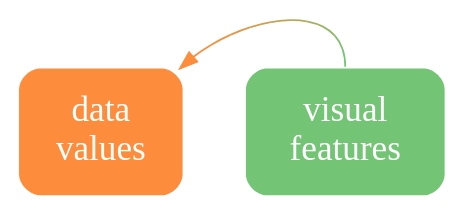
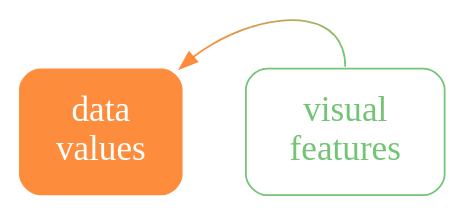
Before and after one commit to pmur002/hdvw: the diagram in Diagrams/implicit-decode.dot, drawn with Graphviz. The commit also changed 77 other files, not shown here.

Commit message:
change diagrams to have visual nodes "open" AND make decode arrows solid

```diff
--- a/Diagrams/implicit-decode.dot
+++ b/Diagrams/implicit-decode.dot
@@ -1,9 +1,9 @@
 digraph {
   graph [ rankdir=LR; margin=.2; nodesep=.5 ];
   node [ fontsize=20; fontname="sans bold"; margin=.2 ];
   data [ label="data\nvalues"; shape=box; style="filled, rounded"; penwidth=0; fontcolor=white; fillcolor="#FD8D3C" ]
   vis [ label="visual\nfeatures"; shape=box;
-     style="filled, rounded"; penwidth=0; fontcolor=white; fillcolor="#74C476" ]
-  data -> vis [ color="#FD8D3C;0.1:#EE9342;0.1:#DF9949;0.1:#CF9F4F;0.1:#C0A556;0.1:#B1AC5C;0.1:#A2B263;0.1:#92B869;0.1:#83BE70;0.1:#74C476;0.1" ] [ style="invis" ]
+     style="rounded"; color="#74C476"; fontcolor="#74C476" ]
+  data -> vis [ style="bold"; penwidth=1; color="#FD8D3C;0.1:#EE9342;0.1:#DF9949;0.1:#CF9F4F;0.1:#C0A556;0.1:#B1AC5C;0.1:#A2B263;0.1:#92B869;0.1:#83BE70;0.1:#74C476;0.1" ] [ style="invis" ]
   vis:n -> data:ne [ style="solid", color="#74C476;0.1:#83BE70;0.1:#92B869;0.1:#A2B263;0.1:#B1AC5C;0.1:#C0A556;0.1:#CF9F4F;0.1:#DF9949;0.1:#EE9342;0.1:#FD8D3C;0.1" ]
 }
```
